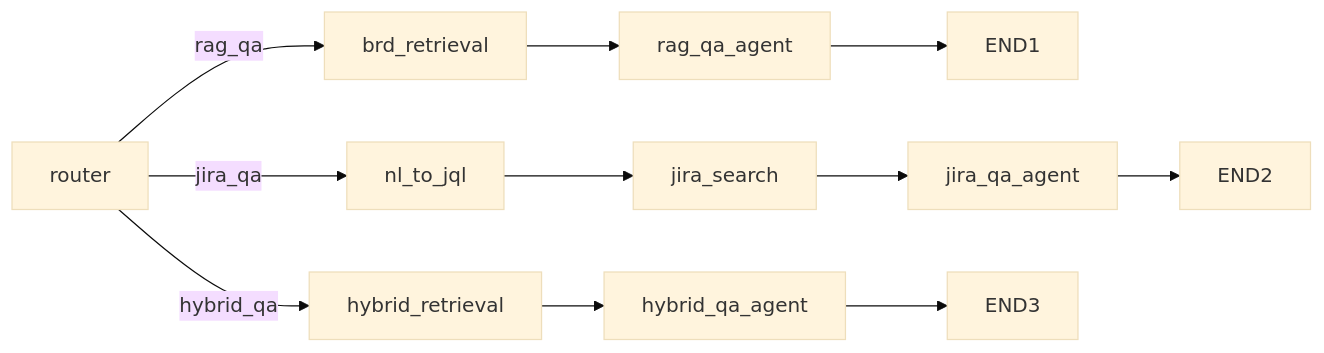
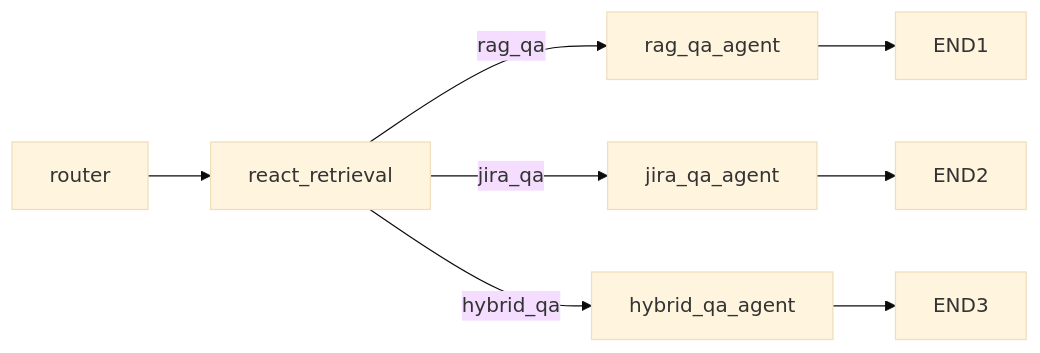
One commit to amit2440/jira-ai-agent changed the second of 3 diagrams in docs/LANGGRAPH.md. Above: the diagram before and after it, drawn with Mermaid (base theme). The commit also changed other lines of this file and 31 other files, not shown here.

Commit message:
fix: Docs & Diagrams

````diff
--- a/docs/LANGGRAPH.md
+++ b/docs/LANGGRAPH.md
@@ -78,7 +76,7 @@
 ```mermaid
 flowchart LR
-    RT[router]
-    RT -->|rag_qa| A[brd_retrieval] --> B[rag_qa_agent] --> END1
-    RT -->|jira_qa| C[nl_to_jql] --> D[jira_search] --> E[jira_qa_agent] --> END2
-    RT -->|hybrid_qa| F[hybrid_retrieval] --> G[hybrid_qa_agent] --> END3
+    RT[router] --> RR[react_retrieval]
+    RR -->|rag_qa| A[rag_qa_agent] --> END1
+    RR -->|jira_qa| B[jira_qa_agent] --> END2
+    RR -->|hybrid_qa| C[hybrid_qa_agent] --> END3
 ```
````
